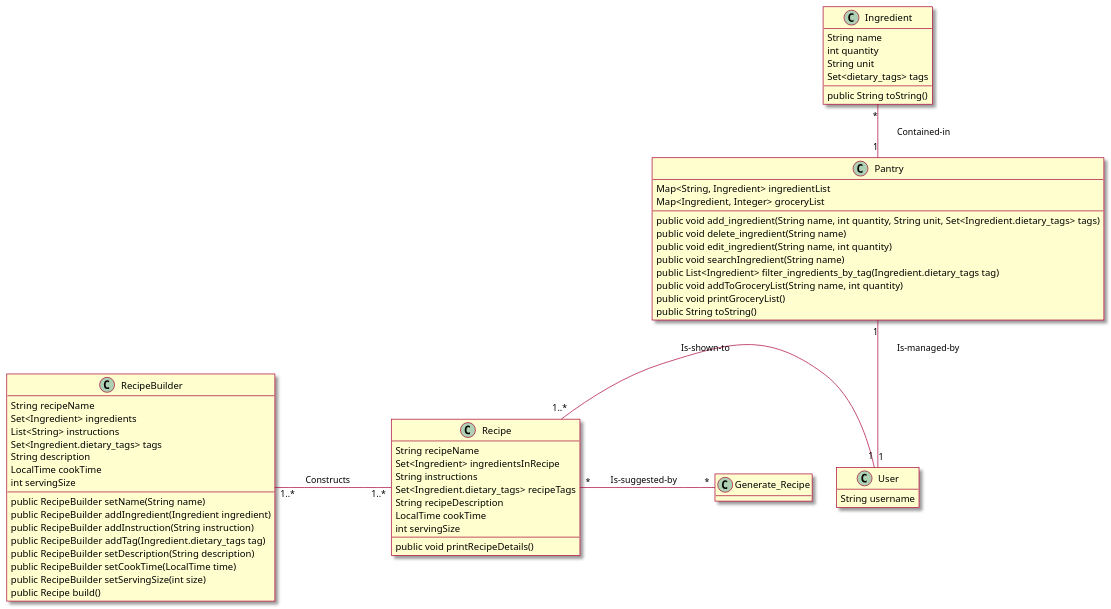
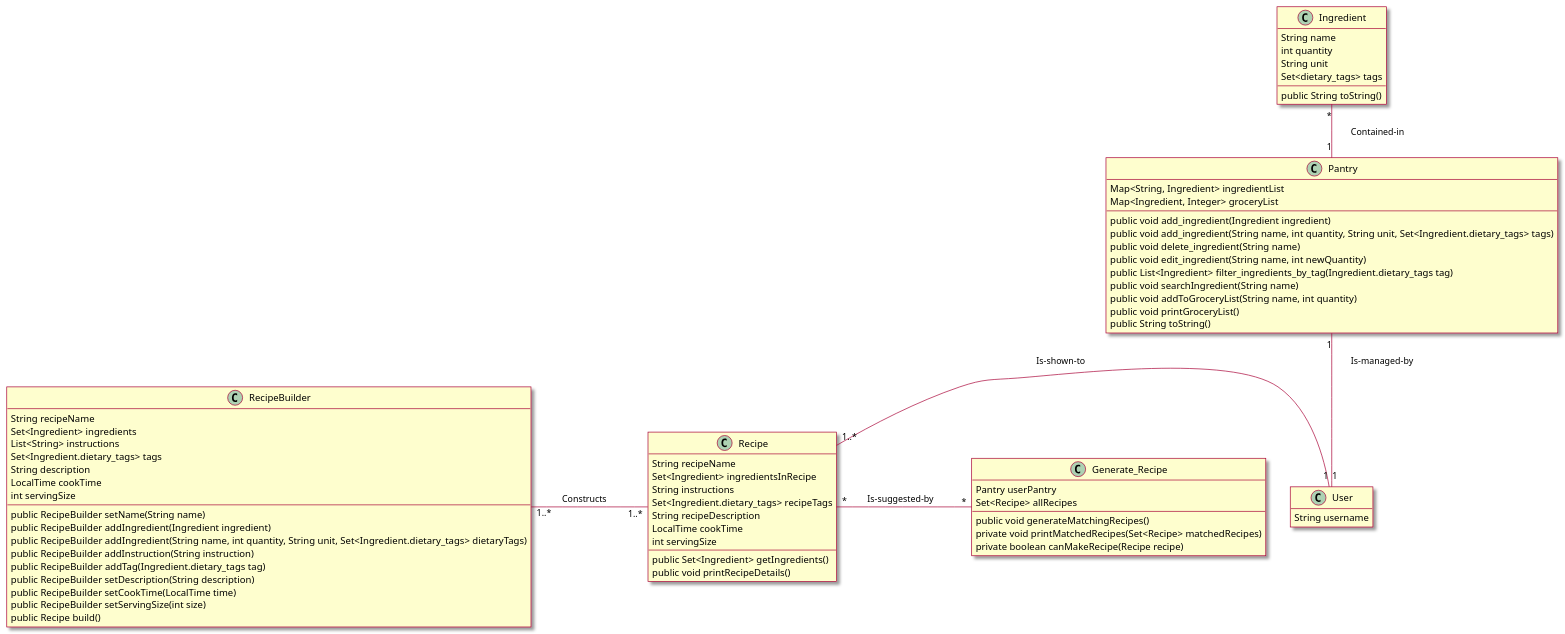
The diagram in intellij/doc/class_diagram.md (berthashipper/Pantry-Pal-Android-Application), drawn with PlantUML before and after one commit. The commit also changed 4 other files, not shown here.

Commit message:
Updated class diagram

```diff
--- a/intellij/doc/class_diagram.md
+++ b/intellij/doc/class_diagram.md
@@ -19,11 +19,12 @@
  Map<String, Ingredient> ingredientList
  Map<Ingredient, Integer> groceryList
  --
+ public void add_ingredient(Ingredient ingredient)
  public void add_ingredient(String name, int quantity, String unit, Set<Ingredient.dietary_tags> tags)
  public void delete_ingredient(String name)
- public void edit_ingredient(String name, int quantity)
+ public void edit_ingredient(String name, int newQuantity)
+ public List<Ingredient> filter_ingredients_by_tag(Ingredient.dietary_tags tag)
  public void searchIngredient(String name)
- public List<Ingredient> filter_ingredients_by_tag(Ingredient.dietary_tags tag)
  public void addToGroceryList(String name, int quantity)
  public void printGroceryList()
  public String toString()
@@ -38,6 +39,7 @@
  LocalTime cookTime
  int servingSize
  --
+ public Set<Ingredient> getIngredients()
  public void printRecipeDetails()
 }
 
@@ -52,6 +54,7 @@
  --
  public RecipeBuilder setName(String name)
  public RecipeBuilder addIngredient(Ingredient ingredient)
+ public RecipeBuilder addIngredient(String name, int quantity, String unit, Set<Ingredient.dietary_tags> dietaryTags)
  public RecipeBuilder addInstruction(String instruction)
  public RecipeBuilder addTag(Ingredient.dietary_tags tag)
  public RecipeBuilder setDescription(String description)
@@ -66,7 +69,12 @@
 }
 
 class Generate_Recipe{
-
+ Pantry userPantry
+ Set<Recipe> allRecipes
+ --
+ public void generateMatchingRecipes()
+ private void printMatchedRecipes(Set<Recipe> matchedRecipes)
+ private boolean canMakeRecipe(Recipe recipe)
 }
 
 ' associations
```
